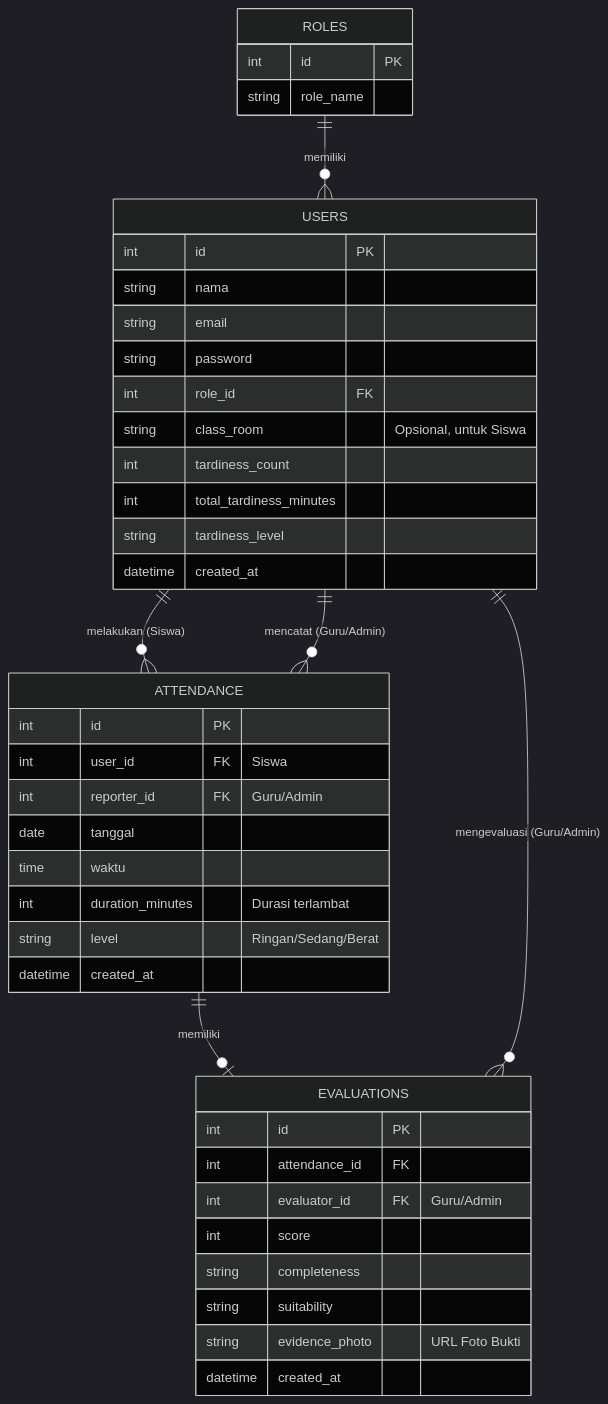
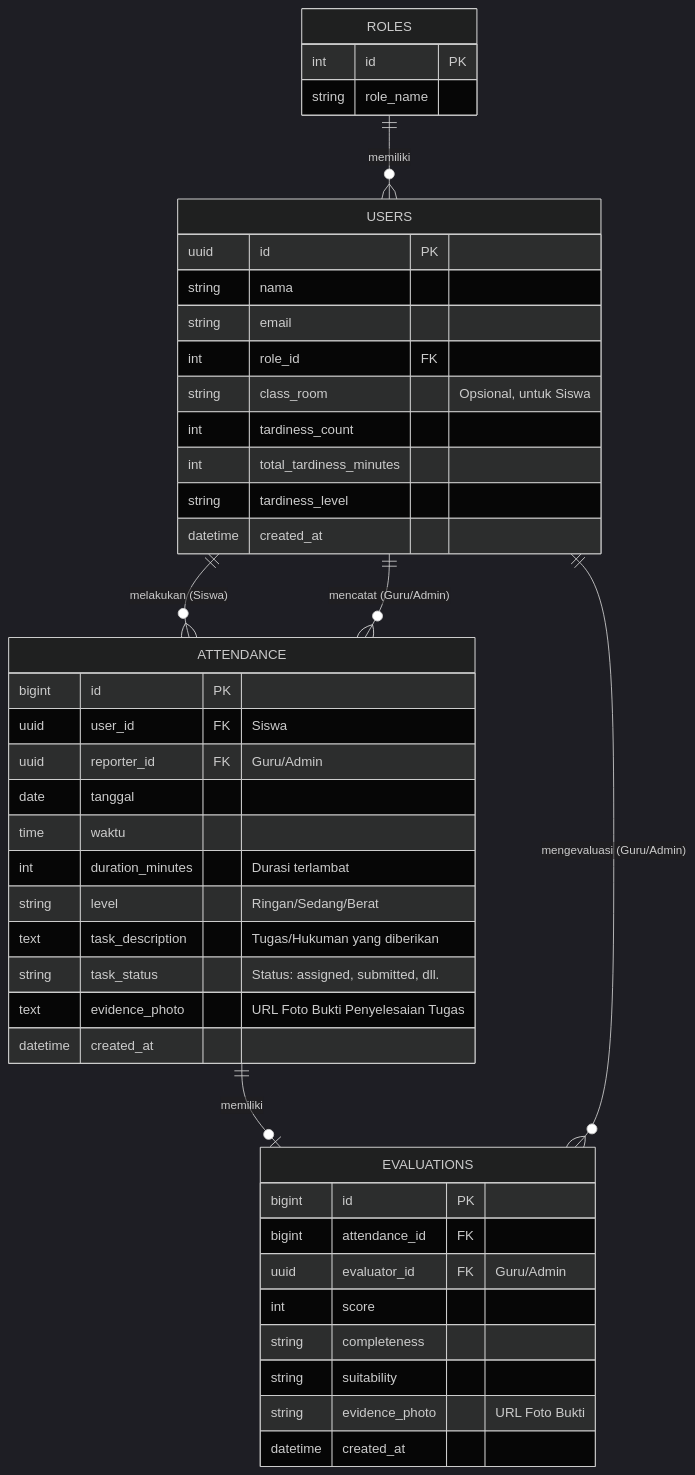
One commit to rokifran/TertibSekolah changed the diagram in database_schema.md. Above: the diagram before and after it, drawn with Mermaid (dark theme). The commit also changed other lines of this file and 7 other files, not shown here.

Commit message:
feat: refactor database schema to UUIDs and implement tardiness level automated updates via service

````diff
--- a/database_schema.md
+++ b/database_schema.md
@@ -9,48 +9,50 @@
 ```mermaid
 erDiagram
     ROLES ||--o{ USERS : "memiliki"
     USERS ||--o{ ATTENDANCE : "melakukan (Siswa)"
     USERS ||--o{ ATTENDANCE : "mencatat (Guru/Admin)"
     ATTENDANCE ||--o| EVALUATIONS : "memiliki"
     USERS ||--o{ EVALUATIONS : "mengevaluasi (Guru/Admin)"
 
     ROLES {
         int id PK
         string role_name
     }
 
     USERS {
-        int id PK
+        uuid id PK
         string nama
         string email
-        string password
         int role_id FK
         string class_room "Opsional, untuk Siswa"
         int tardiness_count
         int total_tardiness_minutes
         string tardiness_level
         datetime created_at
     }
 
     ATTENDANCE {
-        int id PK
-        int user_id FK "Siswa"
-        int reporter_id FK "Guru/Admin"
+        bigint id PK
+        uuid user_id FK "Siswa"
+        uuid reporter_id FK "Guru/Admin"
         date tanggal
         time waktu
         int duration_minutes "Durasi terlambat"
         string level "Ringan/Sedang/Berat"
+        text task_description "Tugas/Hukuman yang diberikan"
+        string task_status "Status: assigned, submitted, dll."
+        text evidence_photo "URL Foto Bukti Penyelesaian Tugas"
         datetime created_at
     }
 
     EVALUATIONS {
-        int id PK
-        int attendance_id FK
-        int evaluator_id FK "Guru/Admin"
+        bigint id PK
+        bigint attendance_id FK
+        uuid evaluator_id FK "Guru/Admin"
         int score
         string completeness
         string suitability
         string evidence_photo "URL Foto Bukti"
         datetime created_at
     }
 ```
````
